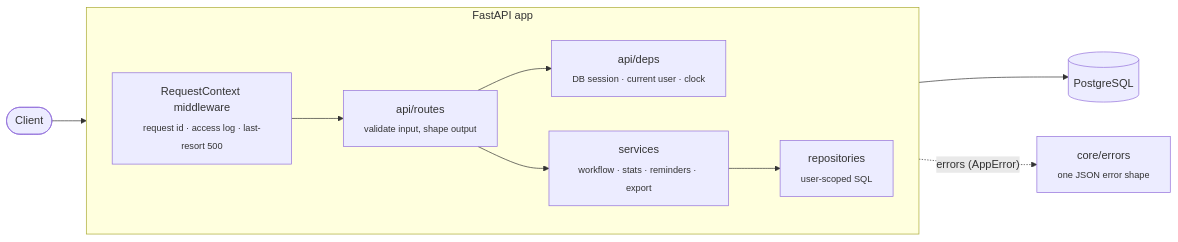
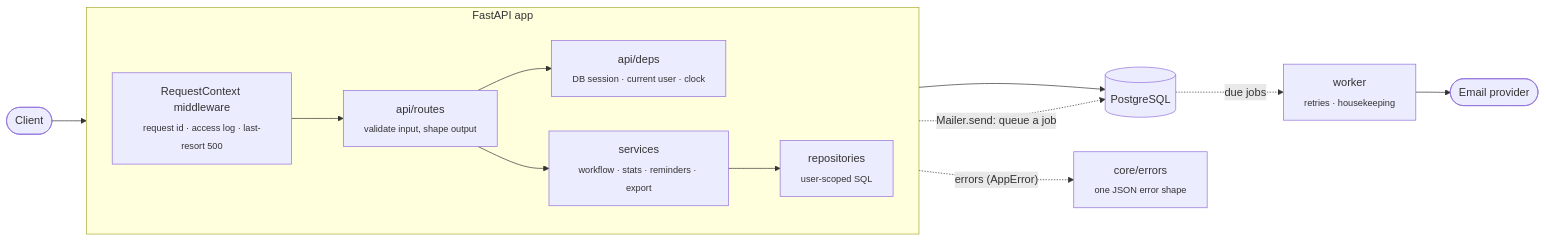
Before and after one commit to zeiado/applytrack: the first of 4 diagrams in README.md, drawn with Mermaid. The commit also changed other lines of this file and 40 other files, not shown here.

First line of the commit message:
feat(jobs): background worker and email sending (#42) (#56)

````diff
--- a/README.md
+++ b/README.md
@@ -84,16 +86,19 @@
 ```mermaid
 flowchart LR
     client([Client]) --> mw
 
     subgraph app [FastAPI app]
         direction LR
         mw["RequestContext middleware<br/><sub>request id · access log · last-resort 500</sub>"]
         mw --> routers["api/routes<br/><sub>validate input, shape output</sub>"]
         routers --> deps["api/deps<br/><sub>DB session · current user · clock</sub>"]
         routers --> services["services<br/><sub>workflow · stats · reminders · export</sub>"]
         services --> repos["repositories<br/><sub>user-scoped SQL</sub>"]
     end
 
     repos --> db[(PostgreSQL)]
     routers -.->|"errors (AppError)"| handlers["core/errors<br/><sub>one JSON error shape</sub>"]
+    services -.->|"Mailer.send: queue a job"| db
+    db -.->|"due jobs"| worker["worker<br/><sub>retries · housekeeping</sub>"]
+    worker --> provider([Email provider])
 ```
````
